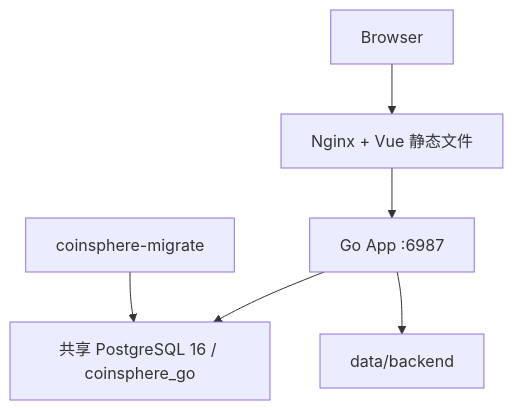
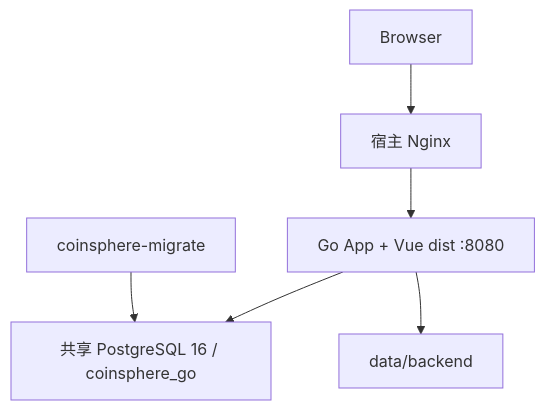
One commit to CoderLTS/coinsphere-go changed the second of 6 diagrams in docs/architecture/overview.md. Above: the diagram before and after it, drawn with Mermaid. The commit also changed other lines of this file and 54 other files, not shown here.

````diff
--- a/docs/architecture/overview.md
+++ b/docs/architecture/overview.md
@@ -49,8 +49,8 @@
 ```mermaid
 flowchart TB
-    BROWSER["Browser"] --> WEB["Nginx + Vue 静态文件"]
-    WEB --> APP["Go App :6987"]
+    BROWSER["Browser"] --> NGINX["宿主 Nginx"]
+    NGINX --> APP["Go App + Vue dist :8080"]
     APP --> PG["共享 PostgreSQL 16 / coinsphere_go"]
     APP --> DATA["data/backend"]
     MIGRATE["coinsphere-migrate"] --> PG
 ```
````
